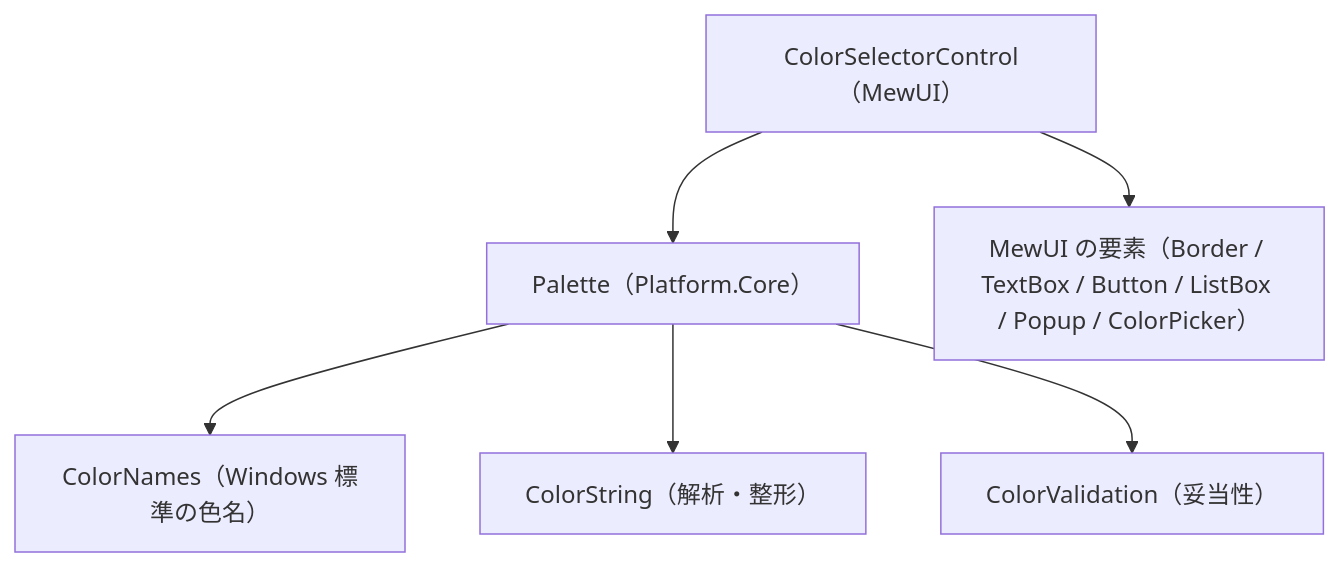
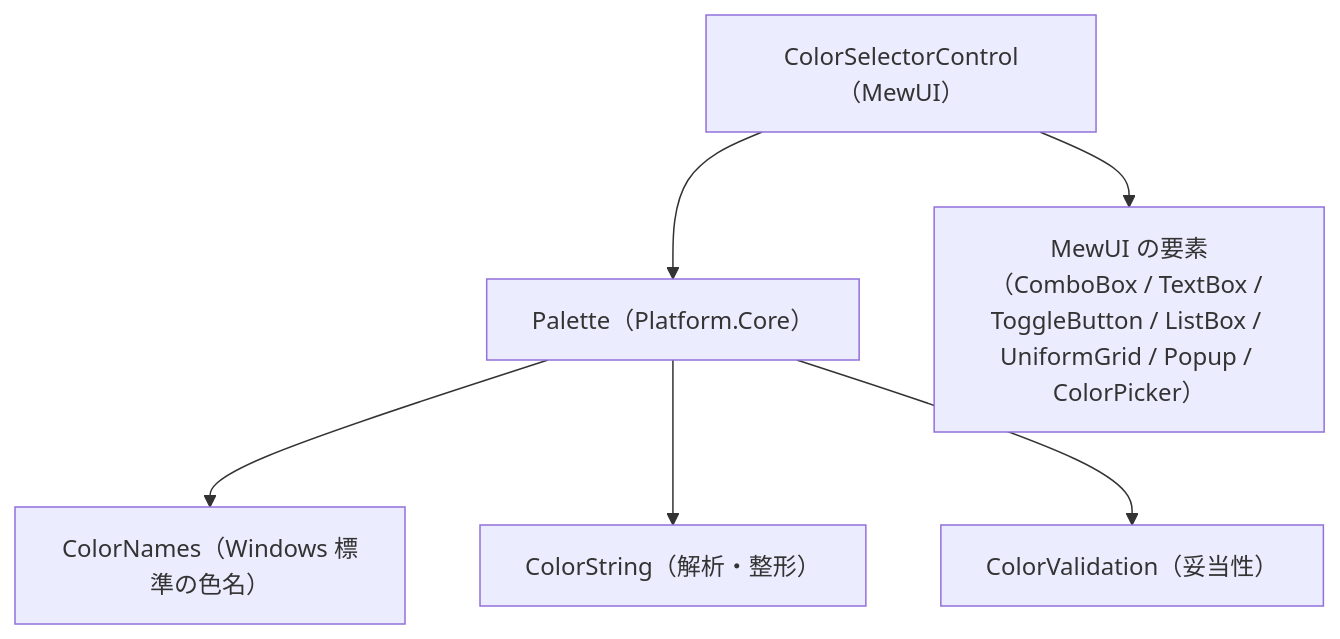
Before and after one commit to tomokuni/EsUtil: the diagram in EsUtil.Ui.MewUI/ColorSelector/docs/SPEC_System.md, drawn with Mermaid. The commit also changed other lines of this file and 32 other files, not shown here.

````diff
--- a/EsUtil.Ui.MewUI/ColorSelector/docs/SPEC_System.md
+++ b/EsUtil.Ui.MewUI/ColorSelector/docs/SPEC_System.md
@@ -29,8 +29,8 @@
 ```mermaid
 graph TD
   UI["ColorSelectorControl（MewUI）"] --> Core["Palette（Platform.Core）"]
-  UI --> Mew["MewUI の要素（Border / TextBox / Button / ListBox / Popup / ColorPicker）"]
+  UI --> Mew["MewUI の要素（ComboBox / TextBox / ToggleButton / ListBox / UniformGrid / Popup / ColorPicker）"]
   Core --> Names["ColorNames（Windows 標準の色名）"]
   Core --> Str["ColorString（解析・整形）"]
   Core --> Val["ColorValidation（妥当性）"]
 ```
````
